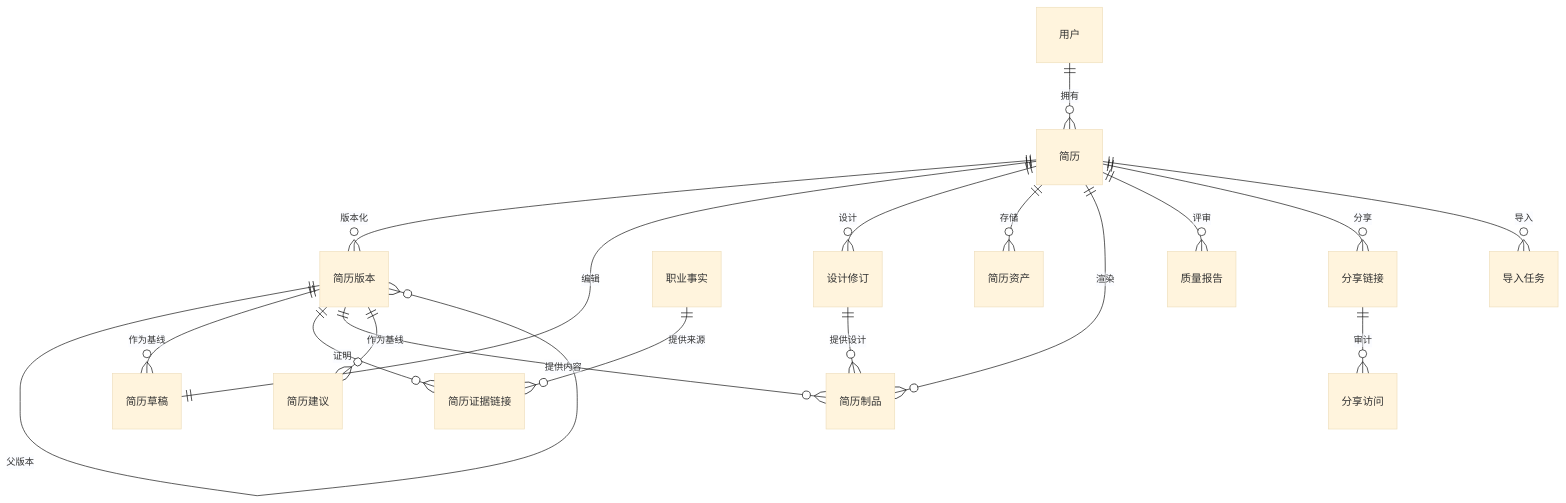
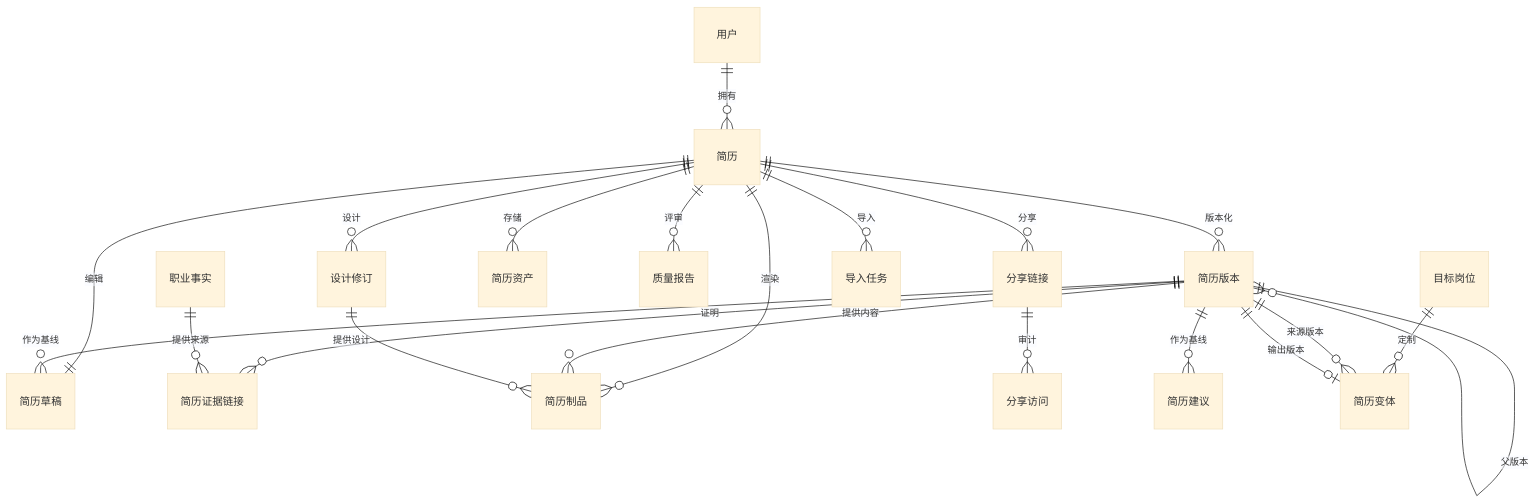
One commit to 6Asmile/AI_interview changed the fourth of 11 diagrams in docs/ifaceoff-vault/04-卷三-Career与Resume实现.md. Above: the diagram before and after it, drawn with Mermaid (base theme). The commit also changed other lines of this file and 12 other files, not shown here.

````diff
--- a/docs/ifaceoff-vault/04-卷三-Career与Resume实现.md
+++ b/docs/ifaceoff-vault/04-卷三-Career与Resume实现.md
@@ -169,20 +181,23 @@
 ```mermaid
 erDiagram
     用户 ||--o{ 简历 : 拥有
     简历 ||--o{ 简历版本 : 版本化
     简历版本 ||--o{ 简历版本 : 父版本
     简历 ||--|| 简历草稿 : 编辑
     简历版本 ||--o{ 简历草稿 : 作为基线
     简历 ||--o{ 设计修订 : 设计
     简历版本 ||--o{ 简历证据链接 : 证明
     职业事实 ||--o{ 简历证据链接 : 提供来源
     简历 ||--o{ 简历资产 : 存储
     简历 ||--o{ 简历制品 : 渲染
     简历版本 ||--o{ 简历制品 : 提供内容
     设计修订 ||--o{ 简历制品 : 提供设计
     简历 ||--o{ 质量报告 : 评审
     简历 ||--o{ 分享链接 : 分享
     分享链接 ||--o{ 分享访问 : 审计
     简历 ||--o{ 导入任务 : 导入
     简历版本 ||--o{ 简历建议 : 作为基线
+    目标岗位 ||--o{ 简历变体 : 定制
+    简历版本 ||--o{ 简历变体 : 来源版本
+    简历版本 ||--o| 简历变体 : 输出版本
 ```
````
